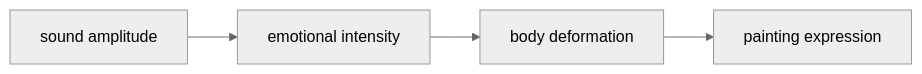
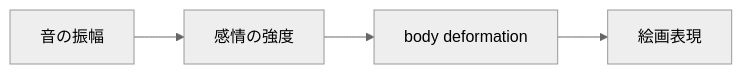
Before and after one commit to monumental-movement/monumental-movement.github.io: the second of 2 diagrams in en/_posts/2026-04-25-column-francis-bacon.md, drawn with Mermaid (neutral theme). The commit also changed other lines of this file and 2196 other files, not shown here.

```diff
--- a/en/_posts/2026-04-25-column-francis-bacon.md
+++ b/en/_posts/2026-04-25-column-francis-bacon.md
@@ -143,6 +142,6 @@
 <div class="mermaid">
 graph LR
-A[sound amplitude] --> B[emotional intensity]
+A[音の振幅] --> B[感情の強度]
 B --> C[body deformation]
-C --> D[painting expression]
+C --> D[絵画表現]
 </div>
```
